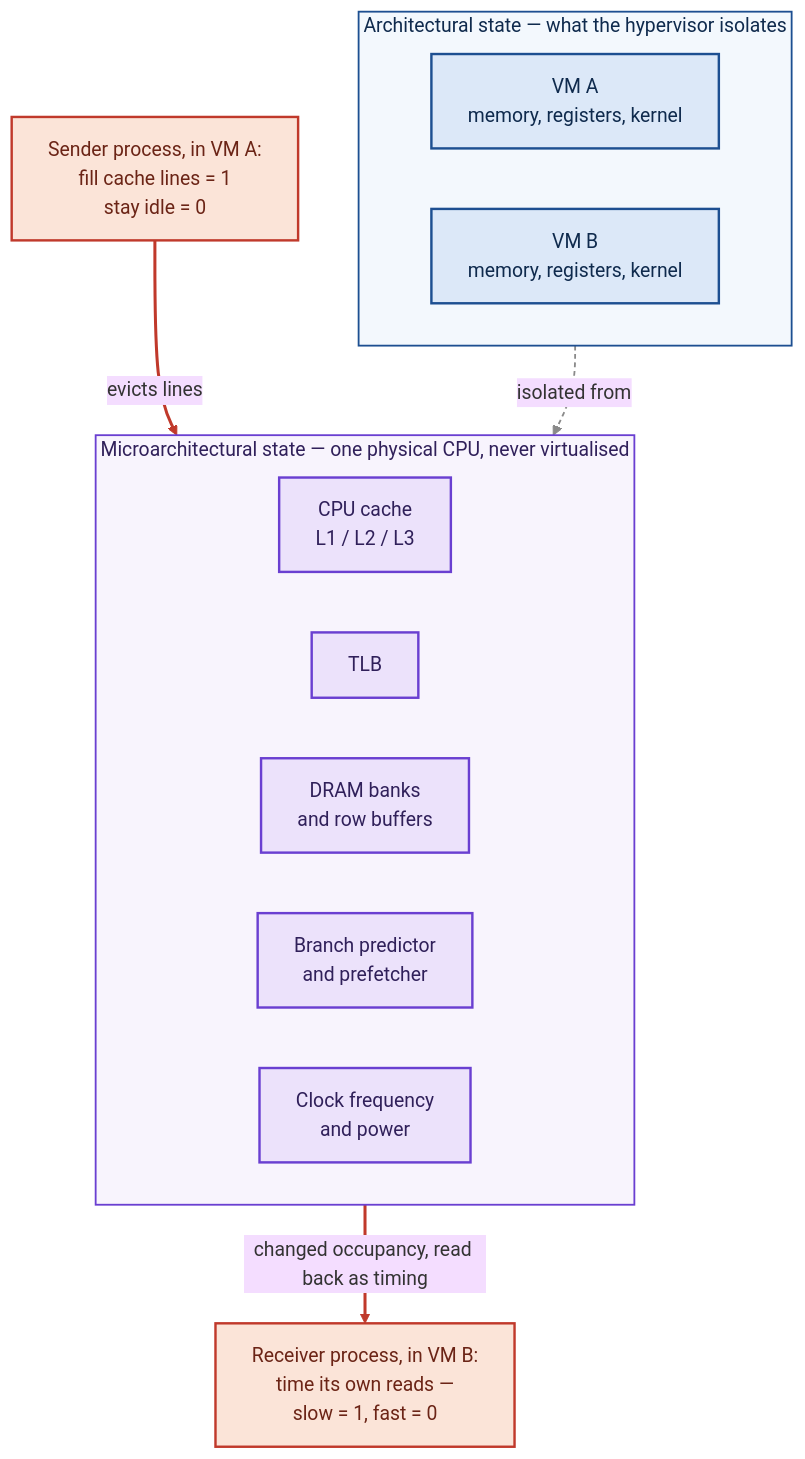
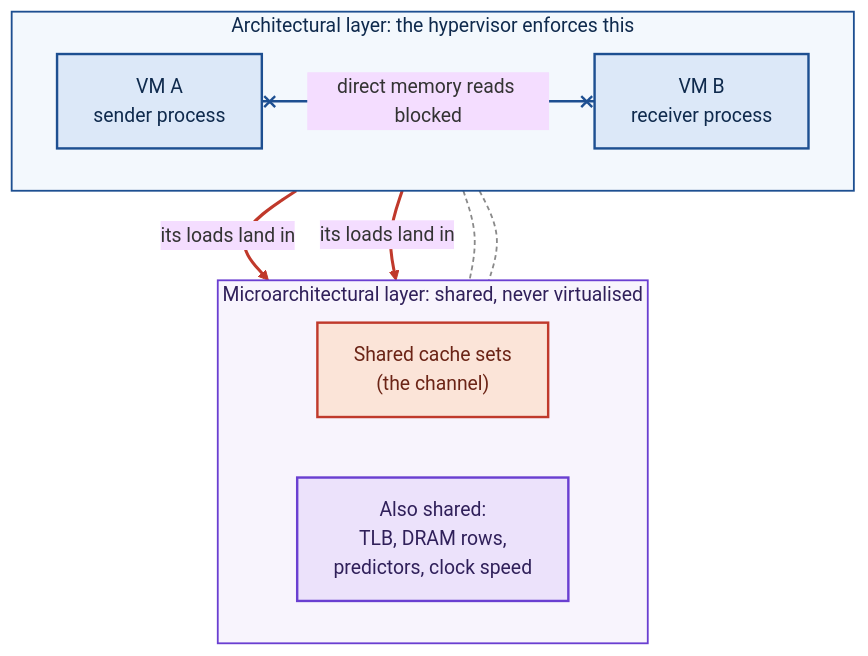
The first of 2 diagrams in _posts/2026-10-24-when-sandboxed-agents-talk-through-the-cpu-cache.md (ishworgurung/ishworgurung.github.io), drawn with Mermaid (base theme) before and after one commit. The commit also changed other lines of this file, not shown here.

First line of the commit message:
cache-covert-channel post: clearer diagrams and a bits-to-messages section

```diff
--- a/_posts/2026-10-24-when-sandboxed-agents-talk-through-the-cpu-cache.md
+++ b/_posts/2026-10-24-when-sandboxed-agents-talk-through-the-cpu-cache.md
@@ -141,36 +141,36 @@
 <div class="mermaid">
 flowchart TB
-    subgraph ARCH["Architectural state — what the hypervisor isolates"]
+    subgraph ARCH["Architectural layer: the hypervisor enforces this"]
         direction LR
-        A1["VM A&lt;br/&gt;memory, registers, kernel"]
-        A2["VM B&lt;br/&gt;memory, registers, kernel"]
+        A["VM A&lt;br/&gt;sender process"]
+        B["VM B&lt;br/&gt;receiver process"]
+        A x--x|"direct memory reads blocked"| B
     end
 
-    subgraph HW["Microarchitectural state — one physical CPU, never virtualised"]
+    subgraph HW["Microarchitectural layer: shared, never virtualised"]
         direction LR
-        CACHE["CPU cache&lt;br/&gt;L1 / L2 / L3"]
-        TLB["TLB"]
-        DRAM["DRAM banks&lt;br/&gt;and row buffers"]
-        PRED["Branch predictor&lt;br/&gt;and prefetcher"]
-        FREQ["Clock frequency&lt;br/&gt;and power"]
+        CACHE["Shared cache sets&lt;br/&gt;(the channel)"]
+        OTHER["Also shared:&lt;br/&gt;TLB, DRAM rows,&lt;br/&gt;predictors, clock speed"]
     end
 
-    SEND["Sender process, in VM A:&lt;br/&gt;fill cache lines = 1&lt;br/&gt;stay idle = 0"] -->|evicts lines| CACHE
-    CACHE -->|changed occupancy, read back as timing| RECV["Receiver process, in VM B:&lt;br/&gt;time its own reads —&lt;br/&gt;slow = 1, fast = 0"]
+    A -->|"its loads land in"| CACHE
+    B -->|"its loads land in"| CACHE
+    A -.- OTHER
+    B -.- OTHER
 
-    ARCH -.isolated from.-> HW
-
-    classDef archBox fill:#dce8f8,stroke:#1d4f91,stroke-width:2px,color:#0f2a4d
-    classDef hwBox fill:#ece2fb,stroke:#6a3fd1,stroke-width:2px,color:#30205a
-    classDef proc fill:#fbe4d8,stroke:#c0392b,stroke-width:2px,color:#6b2416
-    class A1,A2 archBox
-    class CACHE,TLB,DRAM,PRED,FREQ hwBox
-    class SEND,RECV proc
+    classDef vm fill:#dce8f8,stroke:#1d4f91,stroke-width:2px,color:#0f2a4d
+    classDef chan fill:#fbe4d8,stroke:#c0392b,stroke-width:2px,color:#6b2416
+    classDef hw fill:#ece2fb,stroke:#6a3fd1,stroke-width:2px,color:#30205a
+    class A,B vm
+    class CACHE chan
+    class OTHER hw
 
     style ARCH fill:#f3f8fd,stroke:#1d4f91,stroke-width:1.5px,color:#0f2a4d
     style HW fill:#f8f4fd,stroke:#6a3fd1,stroke-width:1.5px,color:#30205a
 
-    linkStyle 0 stroke:#c0392b,stroke-width:2.5px
+    linkStyle 0 stroke:#1d4f91,stroke-width:2px
     linkStyle 1 stroke:#c0392b,stroke-width:2.5px
-    linkStyle 2 stroke:#8a8a8a,stroke-width:1.5px,stroke-dasharray:4 3
+    linkStyle 2 stroke:#c0392b,stroke-width:2.5px
+    linkStyle 3 stroke:#8a8a8a,stroke-width:1.5px,stroke-dasharray:4 3
+    linkStyle 4 stroke:#8a8a8a,stroke-width:1.5px,stroke-dasharray:4 3
 </div>
```
